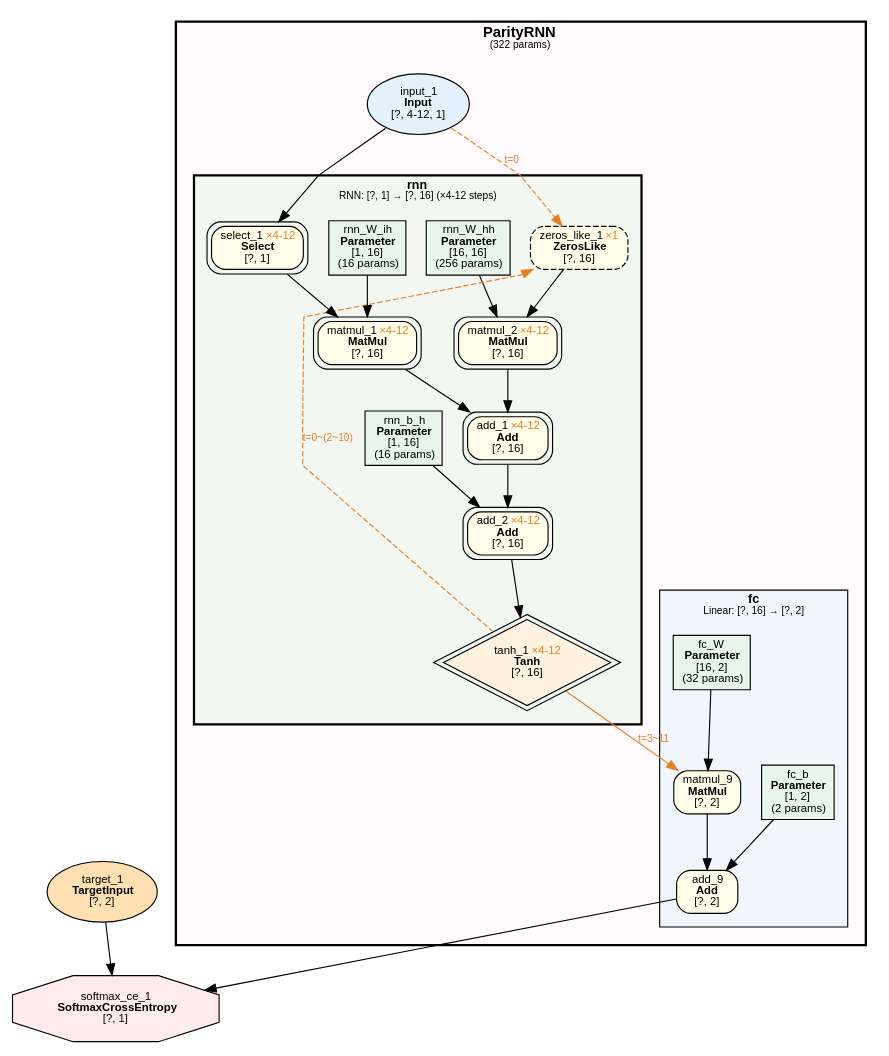
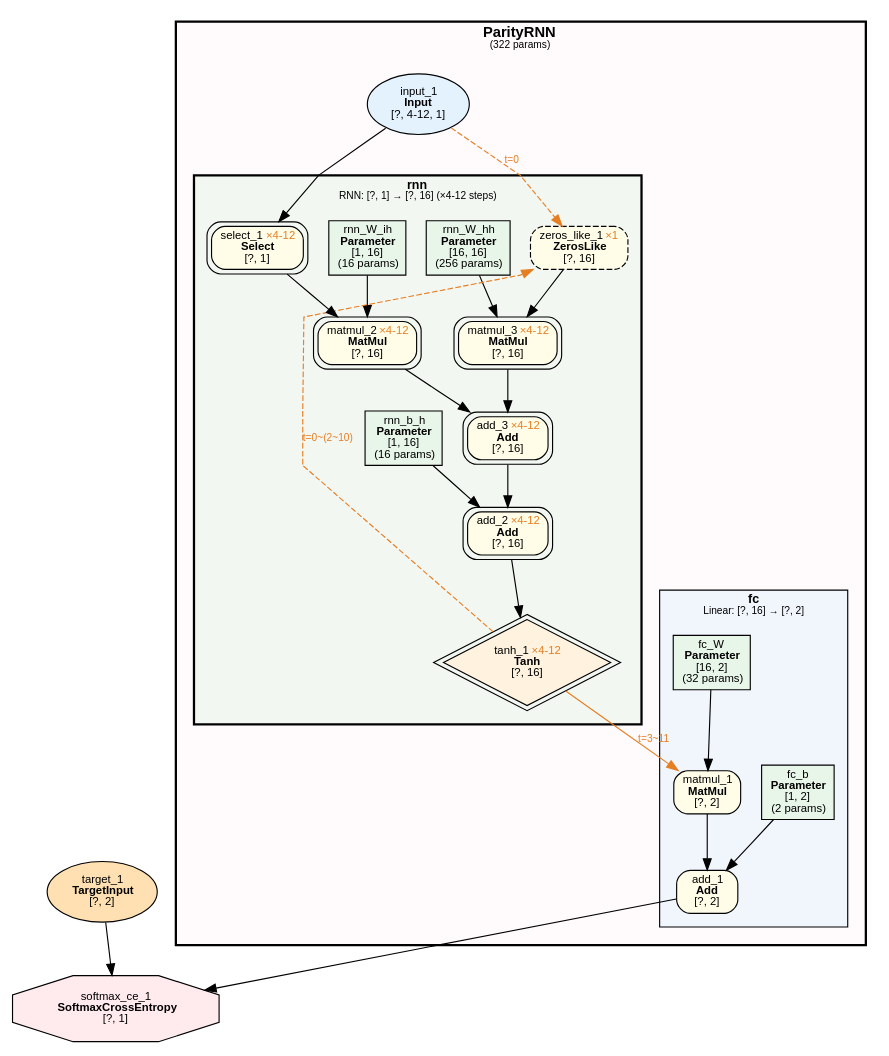
The diagram in examples/parity_rnn_var_len/parity_rnn_var_len.dot (dbsxdbsx/only_torch), drawn with Graphviz before and after one commit. The commit also changed 15 other files, not shown here.

```diff
--- a/examples/parity_rnn_var_len/parity_rnn_var_len.dot
+++ b/examples/parity_rnn_var_len/parity_rnn_var_len.dot
@@ -1,74 +1,74 @@
 digraph ComputeGraph {
     rankdir=TB;
     newrank=true;
     splines=polyline;
     node [fontname="Microsoft YaHei,SimHei,Arial"];
     edge [fontname="Microsoft YaHei,SimHei,Arial"];
 
     subgraph cluster_model_ParityRNN {
         label=<<B>ParityRNN</B><BR/><FONT POINT-SIZE="9">(322 params)</FONT>>;
         style="filled,bold";
         fillcolor="#FFEBEE40";
         fontname="Microsoft YaHei,SimHei,Arial";
         fontsize=13;
         margin=16;
 
         subgraph cluster_ParityRNN_fc {
             label=<<B>fc</B><BR/><FONT POINT-SIZE="9">Linear: [?, 16] → [?, 2]</FONT>>;
             style=filled;
             fillcolor="#E3F2FD80";
             fontname="Microsoft YaHei,SimHei,Arial";
             fontsize=11;
             margin=12;
-                "11625" [label=<add_9<BR/><B>Add</B><BR/>[?, 2]> shape=box style="filled,rounded" fillcolor="#FFFDE7" fontsize=10];
-                "11624" [label=<matmul_9<BR/><B>MatMul</B><BR/>[?, 2]> shape=box style="filled,rounded" fillcolor="#FFFDE7" fontsize=10];
+                "2" [label=<add_1<BR/><B>Add</B><BR/>[?, 2]> shape=box style="filled,rounded" fillcolor="#FFFDE7" fontsize=10];
+                "4" [label=<matmul_1<BR/><B>MatMul</B><BR/>[?, 2]> shape=box style="filled,rounded" fillcolor="#FFFDE7" fontsize=10];
                 "5" [label=<fc_b<BR/><B>Parameter</B><BR/>[1, 2]<BR/>(2 params)> shape=box style=filled fillcolor="#E8F5E9" fontsize=10];
-                "4" [label=<fc_W<BR/><B>Parameter</B><BR/>[16, 2]<BR/>(32 params)> shape=box style=filled fillcolor="#E8F5E9" fontsize=10];
+                "6" [label=<fc_W<BR/><B>Parameter</B><BR/>[16, 2]<BR/>(32 params)> shape=box style=filled fillcolor="#E8F5E9" fontsize=10];
         }
 
         subgraph cluster_ParityRNN_rnn {
             label=<<B>rnn</B><BR/><FONT POINT-SIZE="9">RNN: [?, 1] → [?, 16] (×4-12 steps)</FONT>>;
             style="filled,bold";
             peripheries=3;
             penwidth=2;
             fillcolor="#E8F5E980";
             fontname="Microsoft YaHei,SimHei,Arial";
             fontsize=11;
             margin=12;
-            "3" [label=<rnn_b_h<BR/><B>Parameter</B><BR/>[1, 16]<BR/>(16 params)> shape=box style=filled fillcolor="#E8F5E9" fontsize=10];
-            "1" [label=<rnn_W_ih<BR/><B>Parameter</B><BR/>[1, 16]<BR/>(16 params)> shape=box style=filled fillcolor="#E8F5E9" fontsize=10];
-            "2" [label=<rnn_W_hh<BR/><B>Parameter</B><BR/>[16, 16]<BR/>(256 params)> shape=box style=filled fillcolor="#E8F5E9" fontsize=10];
-            "11605" [label=<tanh_1 <FONT COLOR="#E67E22">×4-12</FONT><BR/><B>Tanh</B><BR/>[?, 16]> shape=diamond style=filled fillcolor="#FFF3E0" fontsize=10 peripheries=2];
-            "11604" [label=<add_2 <FONT COLOR="#E67E22">×4-12</FONT><BR/><B>Add</B><BR/>[?, 16]> shape=box style="filled,rounded" fillcolor="#FFFDE7" fontsize=10 peripheries=2];
-            "11603" [label=<add_1 <FONT COLOR="#E67E22">×4-12</FONT><BR/><B>Add</B><BR/>[?, 16]> shape=box style="filled,rounded" fillcolor="#FFFDE7" fontsize=10 peripheries=2];
-            "11601" [label=<matmul_1 <FONT COLOR="#E67E22">×4-12</FONT><BR/><B>MatMul</B><BR/>[?, 16]> shape=box style="filled,rounded" fillcolor="#FFFDE7" fontsize=10 peripheries=2];
-            "11602" [label=<matmul_2 <FONT COLOR="#E67E22">×4-12</FONT><BR/><B>MatMul</B><BR/>[?, 16]> shape=box style="filled,rounded" fillcolor="#FFFDE7" fontsize=10 peripheries=2];
-            "11600" [label=<select_1 <FONT COLOR="#E67E22">×4-12</FONT><BR/><B>Select</B><BR/>[?, 1]> shape=box style="filled,rounded" fillcolor="#FFFDE7" fontsize=10 peripheries=2];
-            "11599" [label=<zeros_like_1 <FONT COLOR="#E67E22">×1</FONT><BR/><B>ZerosLike</B><BR/>[?, 16]> shape=box style="filled,rounded,dashed" fillcolor="#FFFDE7" fontsize=10];
+            "7" [label=<rnn_b_h<BR/><B>Parameter</B><BR/>[1, 16]<BR/>(16 params)> shape=box style=filled fillcolor="#E8F5E9" fontsize=10];
+            "8" [label=<rnn_W_ih<BR/><B>Parameter</B><BR/>[1, 16]<BR/>(16 params)> shape=box style=filled fillcolor="#E8F5E9" fontsize=10];
+            "9" [label=<rnn_W_hh<BR/><B>Parameter</B><BR/>[16, 16]<BR/>(256 params)> shape=box style=filled fillcolor="#E8F5E9" fontsize=10];
+            "11" [label=<tanh_1 <FONT COLOR="#E67E22">×4-12</FONT><BR/><B>Tanh</B><BR/>[?, 16]> shape=diamond style=filled fillcolor="#FFF3E0" fontsize=10 peripheries=2];
+            "12" [label=<add_2 <FONT COLOR="#E67E22">×4-12</FONT><BR/><B>Add</B><BR/>[?, 16]> shape=box style="filled,rounded" fillcolor="#FFFDE7" fontsize=10 peripheries=2];
+            "13" [label=<add_3 <FONT COLOR="#E67E22">×4-12</FONT><BR/><B>Add</B><BR/>[?, 16]> shape=box style="filled,rounded" fillcolor="#FFFDE7" fontsize=10 peripheries=2];
+            "14" [label=<matmul_2 <FONT COLOR="#E67E22">×4-12</FONT><BR/><B>MatMul</B><BR/>[?, 16]> shape=box style="filled,rounded" fillcolor="#FFFDE7" fontsize=10 peripheries=2];
+            "15" [label=<matmul_3 <FONT COLOR="#E67E22">×4-12</FONT><BR/><B>MatMul</B><BR/>[?, 16]> shape=box style="filled,rounded" fillcolor="#FFFDE7" fontsize=10 peripheries=2];
+            "16" [label=<select_1 <FONT COLOR="#E67E22">×4-12</FONT><BR/><B>Select</B><BR/>[?, 1]> shape=box style="filled,rounded" fillcolor="#FFFDE7" fontsize=10 peripheries=2];
+            "17" [label=<zeros_like_1 <FONT COLOR="#E67E22">×1</FONT><BR/><B>ZerosLike</B><BR/>[?, 16]> shape=box style="filled,rounded,dashed" fillcolor="#FFFDE7" fontsize=10];
         }
 
-        "11598" [label=<input_1<BR/><B>Input</B><BR/>[?, 4-12, 1]> shape=ellipse style=filled fillcolor="#E3F2FD" fontsize=10];
+        "10" [label=<input_1<BR/><B>Input</B><BR/>[?, 4-12, 1]> shape=ellipse style=filled fillcolor="#E3F2FD" fontsize=10];
     }
 
-    "11627" [label=<softmax_ce_1<BR/><B>SoftmaxCrossEntropy</B><BR/>[?, 1]> shape=octagon style=filled fillcolor="#FFEBEE" fontsize=10];
-    "11626" [label=<target_1<BR/><B>TargetInput</B><BR/>[?, 2]> shape=ellipse style=filled fillcolor="#FFE0B2" fontsize=10];
+    "1" [label=<softmax_ce_1<BR/><B>SoftmaxCrossEntropy</B><BR/>[?, 1]> shape=octagon style=filled fillcolor="#FFEBEE" fontsize=10];
+    "3" [label=<target_1<BR/><B>TargetInput</B><BR/>[?, 2]> shape=ellipse style=filled fillcolor="#FFE0B2" fontsize=10];
 
-    "11625" -> "11627";
-    "11626" -> "11627";
-    "11624" -> "11625";
-    "5" -> "11625";
-    "11605" -> "11624" [color="#E67E22" label=<t=3~11> fontcolor="#E67E22" fontsize=9];
-    "4" -> "11624";
-    "11604" -> "11605";
-    "11603" -> "11604";
-    "3" -> "11604";
-    "11601" -> "11603";
-    "11602" -> "11603";
-    "11600" -> "11601";
-    "1" -> "11601";
-    "11599" -> "11602";
-    "2" -> "11602";
-    "11598" -> "11600";
-    "11598" -> "11599" [style=dashed color="#E67E22" label=<t=0> fontcolor="#E67E22" fontsize=9];
-    "11605" -> "11599" [style=dashed color="#E67E22" label=<t=0~(2~10)> fontcolor="#E67E22" fontsize=9 constraint=false];
+    "2" -> "1";
+    "3" -> "1";
+    "4" -> "2";
+    "5" -> "2";
+    "11" -> "4" [color="#E67E22" label=<t=3~11> fontcolor="#E67E22" fontsize=9];
+    "6" -> "4";
+    "12" -> "11";
+    "13" -> "12";
+    "7" -> "12";
+    "14" -> "13";
+    "15" -> "13";
+    "16" -> "14";
+    "8" -> "14";
+    "17" -> "15";
+    "9" -> "15";
+    "10" -> "16";
+    "10" -> "17" [style=dashed color="#E67E22" label=<t=0> fontcolor="#E67E22" fontsize=9];
+    "11" -> "17" [style=dashed color="#E67E22" label=<t=0~(2~10)> fontcolor="#E67E22" fontsize=9 constraint=false];
 }
```
